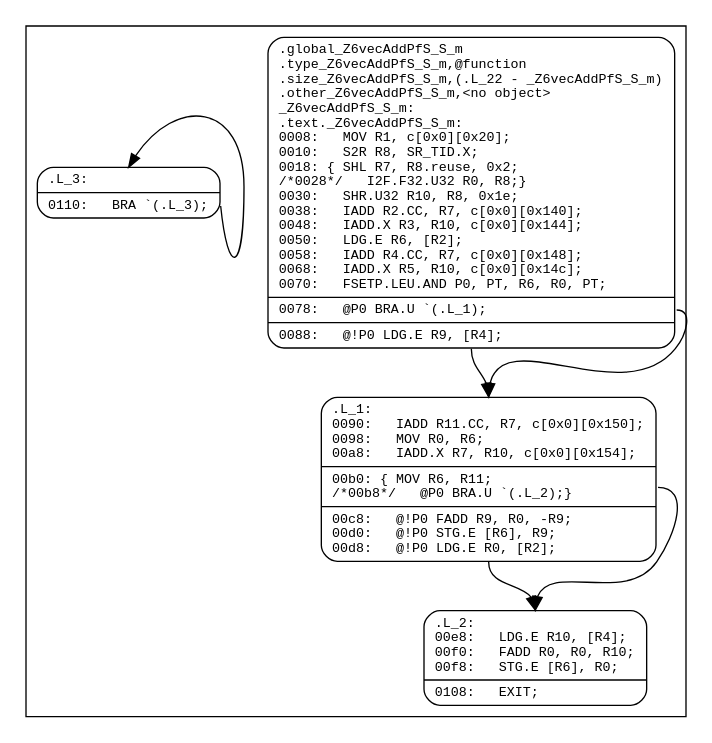
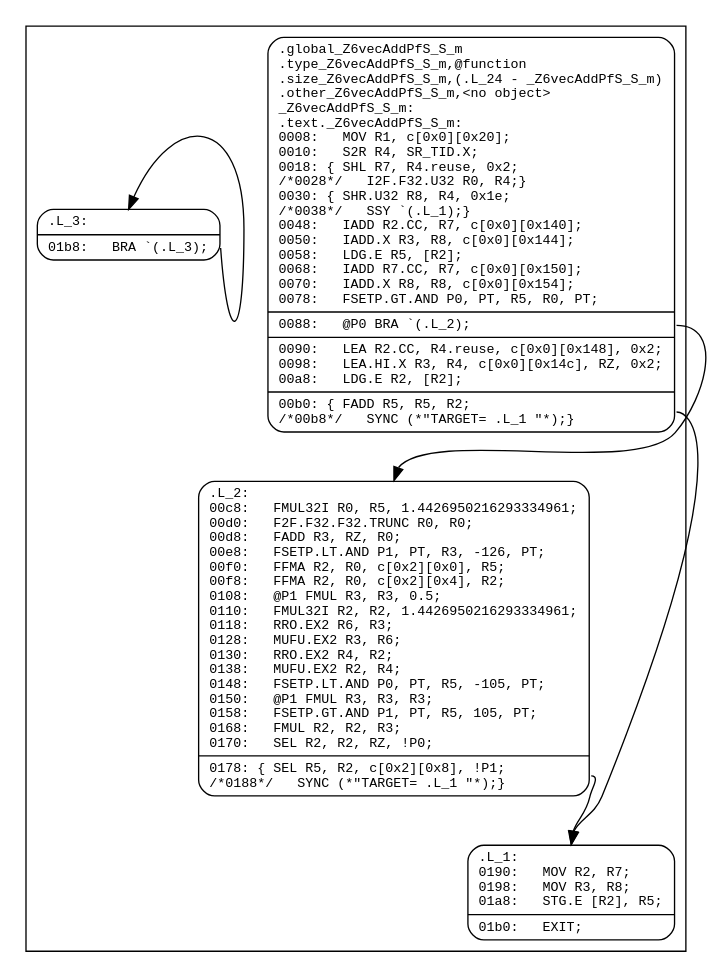
The diagram in utils/read_graphviz/data/loop3.dot (Jokeren/hpctoolkit-gpu-samples), drawn with Graphviz before and after one commit. The commit also changed 1 other file, not shown here.

```diff
--- a/utils/read_graphviz/data/loop3.dot
+++ b/utils/read_graphviz/data/loop3.dot
@@ -1,21 +1,20 @@
 digraph f {
 subgraph "cluster__Z6vecAddPfS_S_m" {
 node [fontname="Courier",fontsize=10,shape=Mrecord];
 "_Z6vecAddPfS_S_m"
-[label="{<entry>	.global		_Z6vecAddPfS_S_m\l	.type		_Z6vecAddPfS_S_m,@function\l	.size		_Z6vecAddPfS_S_m,(.L_22\ -\ _Z6vecAddPfS_S_m)\l	.other		_Z6vecAddPfS_S_m,\<no\ object\>\l_Z6vecAddPfS_S_m:\l.text._Z6vecAddPfS_S_m:\l0008:\ \ \ MOV\ R1,\ c\[0x0\]\[0x20\];\l0010:\ \ \ S2R\ R8,\ SR_TID.X;\l0018:\ \{\ SHL\ R7,\ R8.reuse,\ 0x2;\l/*0028*/\ \ \ I2F.F32.U32\ R0,\ R8;\}\l0030:\ \ \ SHR.U32\ R10,\ R8,\ 0x1e;\l0038:\ \ \ IADD\ R2.CC,\ R7,\ c\[0x0\]\[0x140\];\l0048:\ \ \ IADD.X\ R3,\ R10,\ c\[0x0\]\[0x144\];\l0050:\ \ \ LDG.E\ R6,\ \[R2\];\l0058:\ \ \ IADD\ R4.CC,\ R7,\ c\[0x0\]\[0x148\];\l0068:\ \ \ IADD.X\ R5,\ R10,\ c\[0x0\]\[0x14c\];\l0070:\ \ \ FSETP.LEU.AND\ P0,\ PT,\ R6,\ R0,\ PT;\l|<exit0>0078:\ \ \ @P0\ BRA.U\ `(.L_1);\l|<exitpost0>0088:\ \ \ @!P0\ LDG.E\ R9,\ \[R4\];\l}"]
-"_Z6vecAddPfS_S_m":exit0:e -> ".L_1":entry:n [style=solid];
-"_Z6vecAddPfS_S_m":exitpost0:s -> ".L_1":entry:n [style=solid];
+[label="{<entry>	.global		_Z6vecAddPfS_S_m\l	.type		_Z6vecAddPfS_S_m,@function\l	.size		_Z6vecAddPfS_S_m,(.L_24\ -\ _Z6vecAddPfS_S_m)\l	.other		_Z6vecAddPfS_S_m,\<no\ object\>\l_Z6vecAddPfS_S_m:\l.text._Z6vecAddPfS_S_m:\l0008:\ \ \ MOV\ R1,\ c\[0x0\]\[0x20\];\l0010:\ \ \ S2R\ R4,\ SR_TID.X;\l0018:\ \{\ SHL\ R7,\ R4.reuse,\ 0x2;\l/*0028*/\ \ \ I2F.F32.U32\ R0,\ R4;\}\l0030:\ \{\ SHR.U32\ R8,\ R4,\ 0x1e;\l/*0038*/\ \ \ SSY\ `(.L_1);\}\l0048:\ \ \ IADD\ R2.CC,\ R7,\ c\[0x0\]\[0x140\];\l0050:\ \ \ IADD.X\ R3,\ R8,\ c\[0x0\]\[0x144\];\l0058:\ \ \ LDG.E\ R5,\ \[R2\];\l0068:\ \ \ IADD\ R7.CC,\ R7,\ c\[0x0\]\[0x150\];\l0070:\ \ \ IADD.X\ R8,\ R8,\ c\[0x0\]\[0x154\];\l0078:\ \ \ FSETP.GT.AND\ P0,\ PT,\ R5,\ R0,\ PT;\l|<exit0>0088:\ \ \ @P0\ BRA\ `(.L_2);\l|<exitpost0>0090:\ \ \ LEA\ R2.CC,\ R4.reuse,\ c\[0x0\]\[0x148\],\ 0x2;\l0098:\ \ \ LEA.HI.X\ R3,\ R4,\ c\[0x0\]\[0x14c\],\ RZ,\ 0x2;\l00a8:\ \ \ LDG.E\ R2,\ \[R2\];\l|<exit1>00b0:\ \{\ FADD\ R5,\ R5,\ R2;\l/*00b8*/\ \ \ SYNC\ (*\"TARGET=\ .L_1\ \"*);\}\l}"]
+"_Z6vecAddPfS_S_m":exit0:e -> ".L_2":entry:n [style=solid];
+"_Z6vecAddPfS_S_m":exit1:e -> ".L_1":entry:n [style=solid];
+node [fontname="Courier",fontsize=10,shape=Mrecord];
+".L_2"
+[label="{<entry>.L_2:\l00c8:\ \ \ FMUL32I\ R0,\ R5,\ 1.4426950216293334961;\l00d0:\ \ \ F2F.F32.F32.TRUNC\ R0,\ R0;\l00d8:\ \ \ FADD\ R3,\ RZ,\ R0;\l00e8:\ \ \ FSETP.LT.AND\ P1,\ PT,\ R3,\ -126,\ PT;\l00f0:\ \ \ FFMA\ R2,\ R0,\ c\[0x2\]\[0x0\],\ R5;\l00f8:\ \ \ FFMA\ R2,\ R0,\ c\[0x2\]\[0x4\],\ R2;\l0108:\ \ \ @P1\ FMUL\ R3,\ R3,\ 0.5;\l0110:\ \ \ FMUL32I\ R2,\ R2,\ 1.4426950216293334961;\l0118:\ \ \ RRO.EX2\ R6,\ R3;\l0128:\ \ \ MUFU.EX2\ R3,\ R6;\l0130:\ \ \ RRO.EX2\ R4,\ R2;\l0138:\ \ \ MUFU.EX2\ R2,\ R4;\l0148:\ \ \ FSETP.LT.AND\ P0,\ PT,\ R5,\ -105,\ PT;\l0150:\ \ \ @P1\ FMUL\ R3,\ R3,\ R3;\l0158:\ \ \ FSETP.GT.AND\ P1,\ PT,\ R5,\ 105,\ PT;\l0168:\ \ \ FMUL\ R2,\ R2,\ R3;\l0170:\ \ \ SEL\ R2,\ R2,\ RZ,\ !P0;\l|<exit0>0178:\ \{\ SEL\ R5,\ R2,\ c\[0x2\]\[0x8\],\ !P1;\l/*0188*/\ \ \ SYNC\ (*\"TARGET=\ .L_1\ \"*);\}\l}"]
+".L_2":exit0:e -> ".L_1":entry:n [style=solid];
 node [fontname="Courier",fontsize=10,shape=Mrecord];
 ".L_1"
-[label="{<entry>.L_1:\l0090:\ \ \ IADD\ R11.CC,\ R7,\ c\[0x0\]\[0x150\];\l0098:\ \ \ MOV\ R0,\ R6;\l00a8:\ \ \ IADD.X\ R7,\ R10,\ c\[0x0\]\[0x154\];\l|<exit0>00b0:\ \{\ MOV\ R6,\ R11;\l/*00b8*/\ \ \ @P0\ BRA.U\ `(.L_2);\}\l|<exitpost0>00c8:\ \ \ @!P0\ FADD\ R9,\ R0,\ -R9;\l00d0:\ \ \ @!P0\ STG.E\ \[R6\],\ R9;\l00d8:\ \ \ @!P0\ LDG.E\ R0,\ \[R2\];\l}"]
-".L_1":exit0:e -> ".L_2":entry:n [style=solid];
-".L_1":exitpost0:s -> ".L_2":entry:n [style=solid];
-node [fontname="Courier",fontsize=10,shape=Mrecord];
-".L_2"
-[label="{<entry>.L_2:\l00e8:\ \ \ LDG.E\ R10,\ \[R4\];\l00f0:\ \ \ FADD\ R0,\ R0,\ R10;\l00f8:\ \ \ STG.E\ \[R6\],\ R0;\l|<exit0>0108:\ \ \ EXIT;\l}"]
+[label="{<entry>.L_1:\l0190:\ \ \ MOV\ R2,\ R7;\l0198:\ \ \ MOV\ R3,\ R8;\l01a8:\ \ \ STG.E\ \[R2\],\ R5;\l|<exit0>01b0:\ \ \ EXIT;\l}"]
 node [fontname="Courier",fontsize=10,shape=Mrecord];
 ".L_3"
-[label="{<entry>.L_3:\l|<exit0>0110:\ \ \ BRA\ `(.L_3);\l}"]
+[label="{<entry>.L_3:\l|<exit0>01b8:\ \ \ BRA\ `(.L_3);\l}"]
 ".L_3":exit0:e -> ".L_3":entry:n [style=solid];
 }
 }
```
